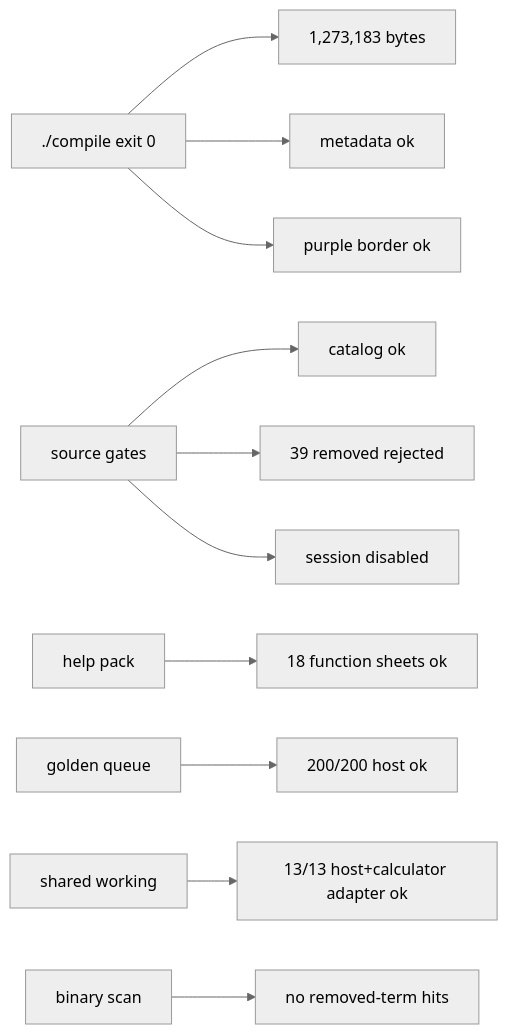
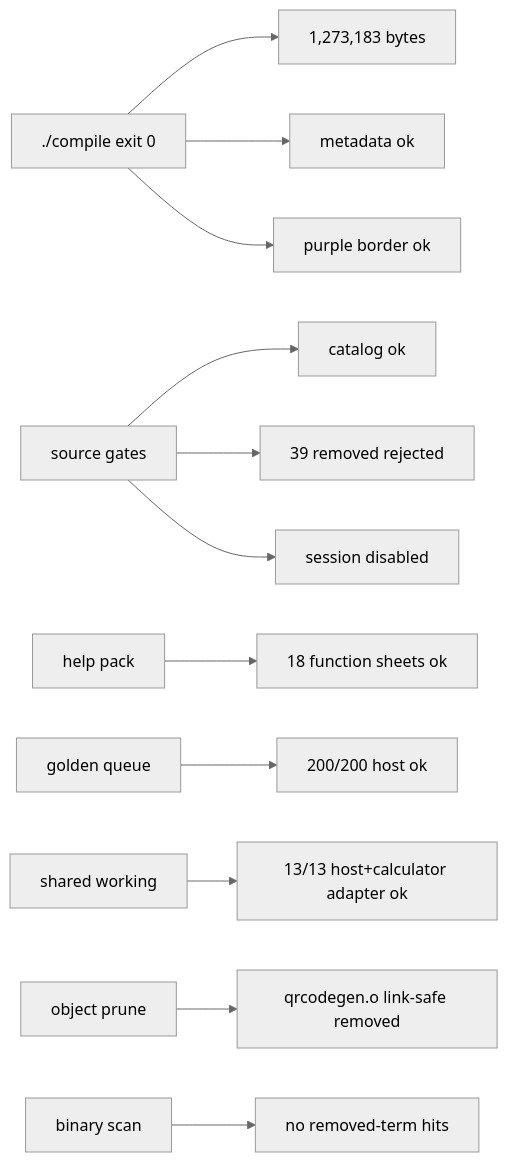
The seventh of 7 diagrams in docs/GRAPH.md (james8464/notes-addin-casio-fx-cg50), drawn with Mermaid (neutral theme) before and after one commit. The commit also changed other lines of this file and 2 other files, not shown here.

Commit message:
prune unused qrcode build object

````diff
--- a/docs/GRAPH.md
+++ b/docs/GRAPH.md
@@ -107,13 +109,14 @@
 ```mermaid
 graph LR
   Build["./compile exit 0"] --> Size["1,273,183 bytes"]
   Build --> Meta["metadata ok"]
   Build --> Border["purple border ok"]
   Source["source gates"] --> Catalog["catalog ok"]
   Source --> Removed["39 removed rejected"]
   Source --> Session["session disabled"]
   Help["help pack"] --> HelpQ["18 function sheets ok"]
   Queue["golden queue"] --> QueueRun["200/200 host ok"]
   Shared["shared working"] --> SharedRun["13/13 host+calculator adapter ok"]
+  Obj["object prune"] --> QR["qrcodegen.o link-safe removed"]
   Bin["binary scan"] --> NoLeak["no removed-term hits"]
 ```
````
